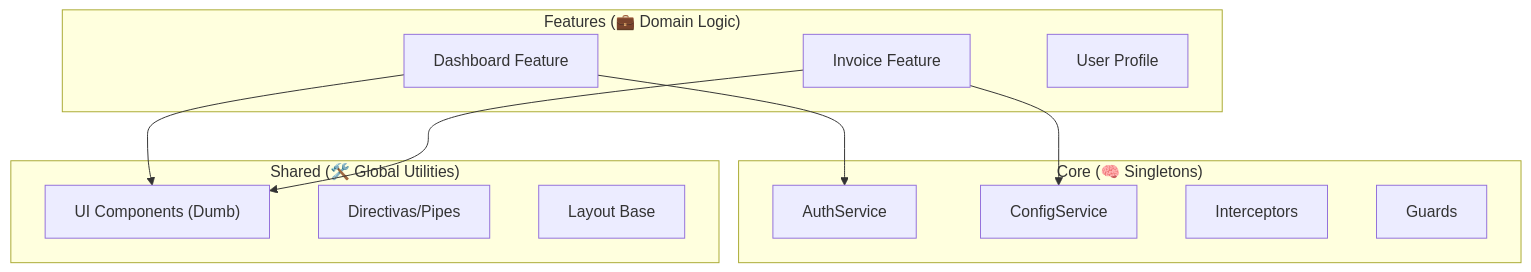
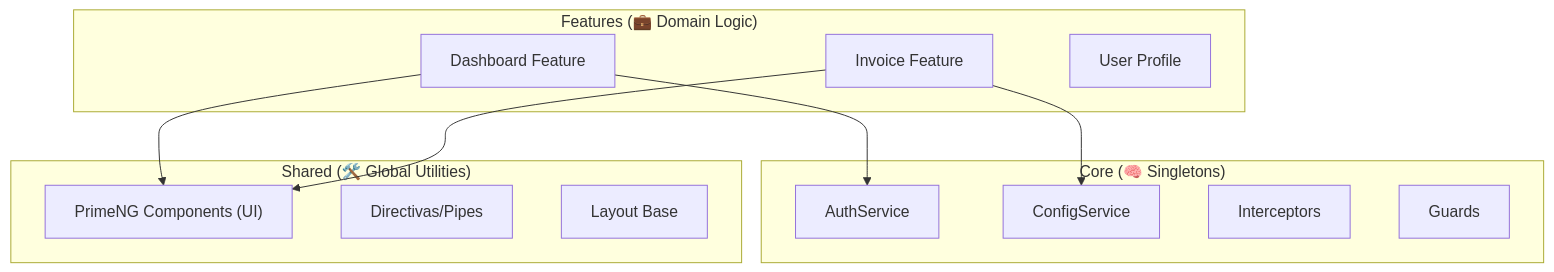
One commit to henrytaby/an-uyuni-frontend changed the first of 3 diagrams in docs/ARCHITECTURE.md. Above: the diagram before and after it, drawn with Mermaid. The commit also changed other lines of this file and 3 other files, not shown here.

Commit message:
feat: Integrate PrimeNG v21 for UI components, migrate the layout system to Angular Signals, and update related documentation.

````diff
--- a/docs/ARCHITECTURE.md
+++ b/docs/ARCHITECTURE.md
@@ -16,26 +16,26 @@
 ```mermaid
 graph TD
     subgraph "Core (🧠 Singletons)"
         AuthService
         ConfigService
         Interceptors
         Guards
     end
 
     subgraph "Shared (🛠️ Global Utilities)"
-        UIComponents["UI Components (Dumb)"]
+        UIComponents["PrimeNG Components (UI)"]
         Directives[Directivas/Pipes]
         Layouts[Layout Base]
     end
 
     subgraph "Features (💼 Domain Logic)"
         FeatureA[Dashboard Feature]
         FeatureB[Invoice Feature]
         FeatureC[User Profile]
     end
 
     FeatureA --> AuthService
     FeatureA --> UIComponents
     FeatureB --> ConfigService
     FeatureB --> UIComponents
 ```
````
